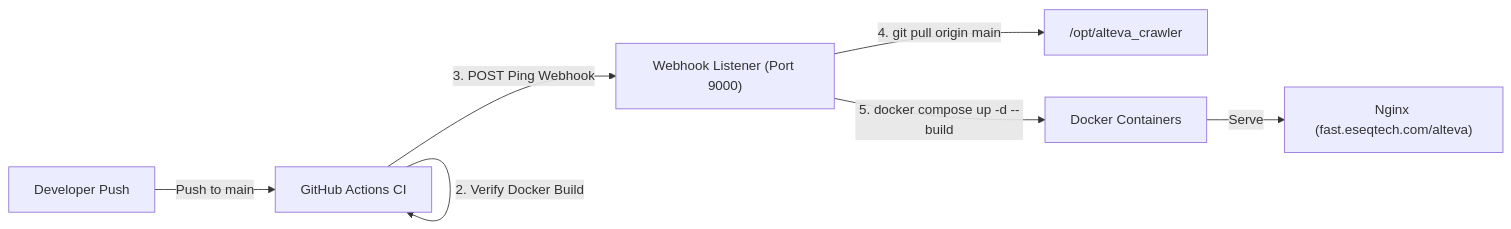
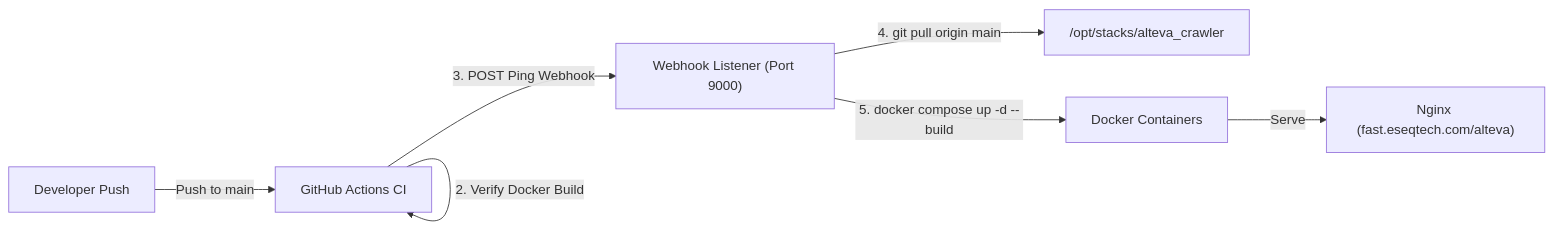
Before and after one commit to neimanpinchas/alteva_assiesmesnt: the diagram in DEPLOYMENT.md, drawn with Mermaid. The commit also changed other lines of this file and 37 other files, not shown here.

````diff
--- a/DEPLOYMENT.md
+++ b/DEPLOYMENT.md
@@ -9,10 +9,10 @@
 ```mermaid
 flowchart LR
     DEV["Developer Push"] -->|Push to main| GHA["GitHub Actions CI"]
     GHA -->|1. Test .NET & React| GHA
     GHA -->|2. Verify Docker Build| GHA
     GHA -->|3. POST Ping Webhook| WEBHOOK["Webhook Listener (Port 9000)"]
-    WEBHOOK -->|4. git pull origin main| REPO["/opt/alteva_crawler"]
+    WEBHOOK -->|4. git pull origin main| REPO["/opt/stacks/alteva_crawler"]
     WEBHOOK -->|5. docker compose up -d --build| DOCKER["Docker Containers"]
     DOCKER -->|Serve| NGINX["Nginx (fast.eseqtech.com/alteva)"]
 ```
````
